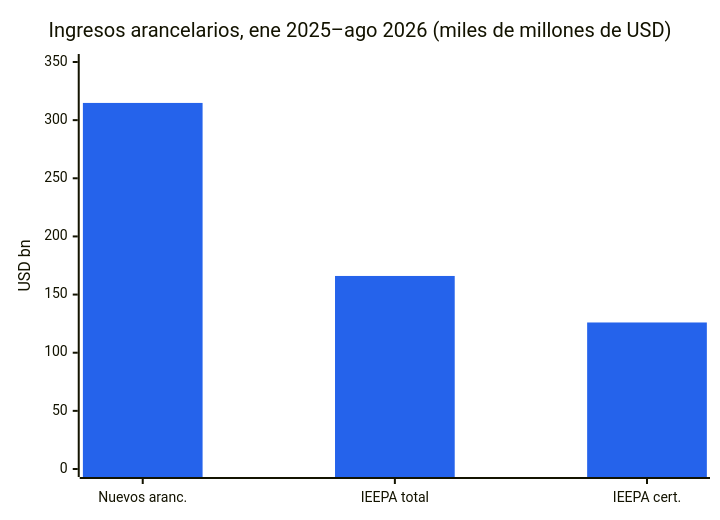
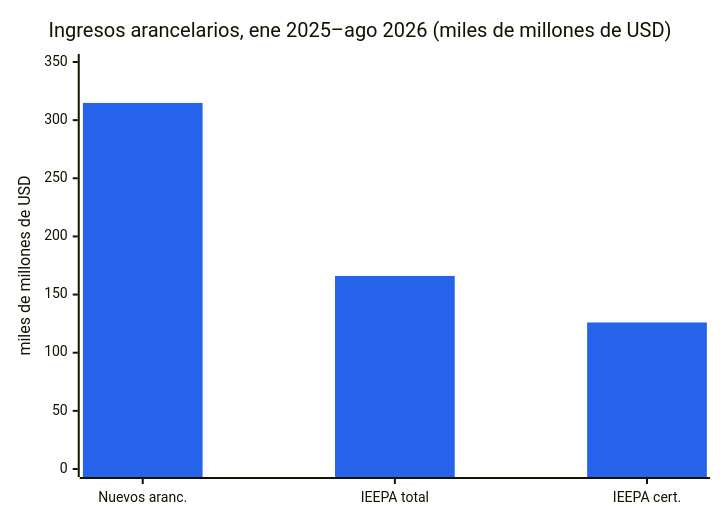
Before and after one commit to dureach/research: the eighth of 19 diagrams in Global-Trade-Intelligence-weekly-2026-10-19/index.es.md, drawn with Mermaid. The commit also changed other lines of this file and 5 other files, not shown here.

````diff
--- a/Global-Trade-Intelligence-weekly-2026-10-19/index.es.md
+++ b/Global-Trade-Intelligence-weekly-2026-10-19/index.es.md
@@ -230,8 +230,8 @@
 ```mermaid
 %%{init: {'theme': 'base', 'themeVariables': {'xyChart': {'plotColorPalette': '#2563eb'}}}}%%
 xychart-beta
     title "Ingresos arancelarios, ene 2025–ago 2026 (miles de millones de USD)"
     x-axis ["Nuevos aranc.", "IEEPA total", "IEEPA cert."]
-    y-axis "USD bn" 0 --> 350
+    y-axis "miles de millones de USD" 0 --> 350
     bar [314.8, 166, 126]
 ```
````
